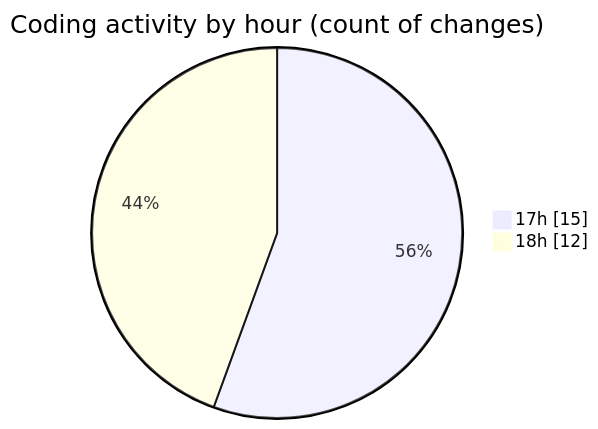
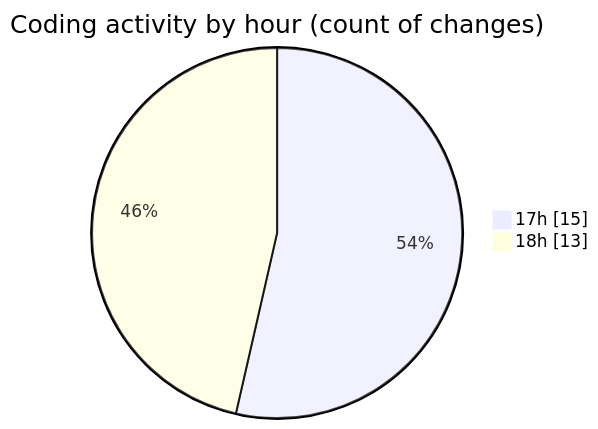
One commit to charlie-sans/code-tracking changed the second of 2 diagrams in 2025-03-09/jmasm/README.md. Above: the diagram before and after it, drawn with Mermaid. The commit also changed other lines of this file and 1 other file, not shown here.

````diff
--- a/2025-03-09/jmasm/README.md
+++ b/2025-03-09/jmasm/README.md
@@ -47,6 +47,6 @@
 ```mermaid
 pie showData
 title Coding activity by hour (count of changes)
 "17h" : 15
-"18h" : 12
+"18h" : 13
 ```
````
